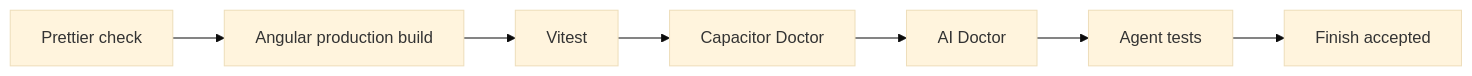
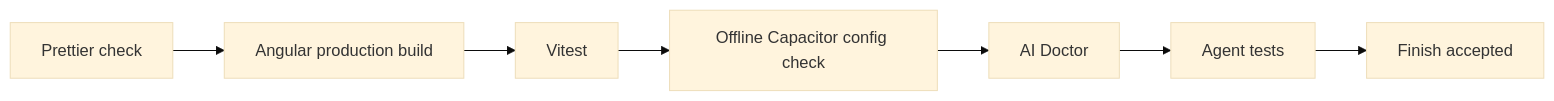
The second of 2 diagrams in docs/agent/worktrees-and-validation.md (Vlodzimej/iona), drawn with Mermaid (base theme) before and after one commit. The commit also changed other lines of this file and 41 other files, not shown here.

````diff
--- a/docs/agent/worktrees-and-validation.md
+++ b/docs/agent/worktrees-and-validation.md
@@ -45,9 +45,9 @@
 ```mermaid
 flowchart LR
     F["Prettier check"] --> B["Angular production build"]
     B --> T["Vitest"]
-    T --> C["Capacitor Doctor"]
+    T --> C["Offline Capacitor config check"]
     C --> A["AI Doctor"]
     A --> AT["Agent tests"]
     AT --> OK["Finish accepted"]
 ```
````
